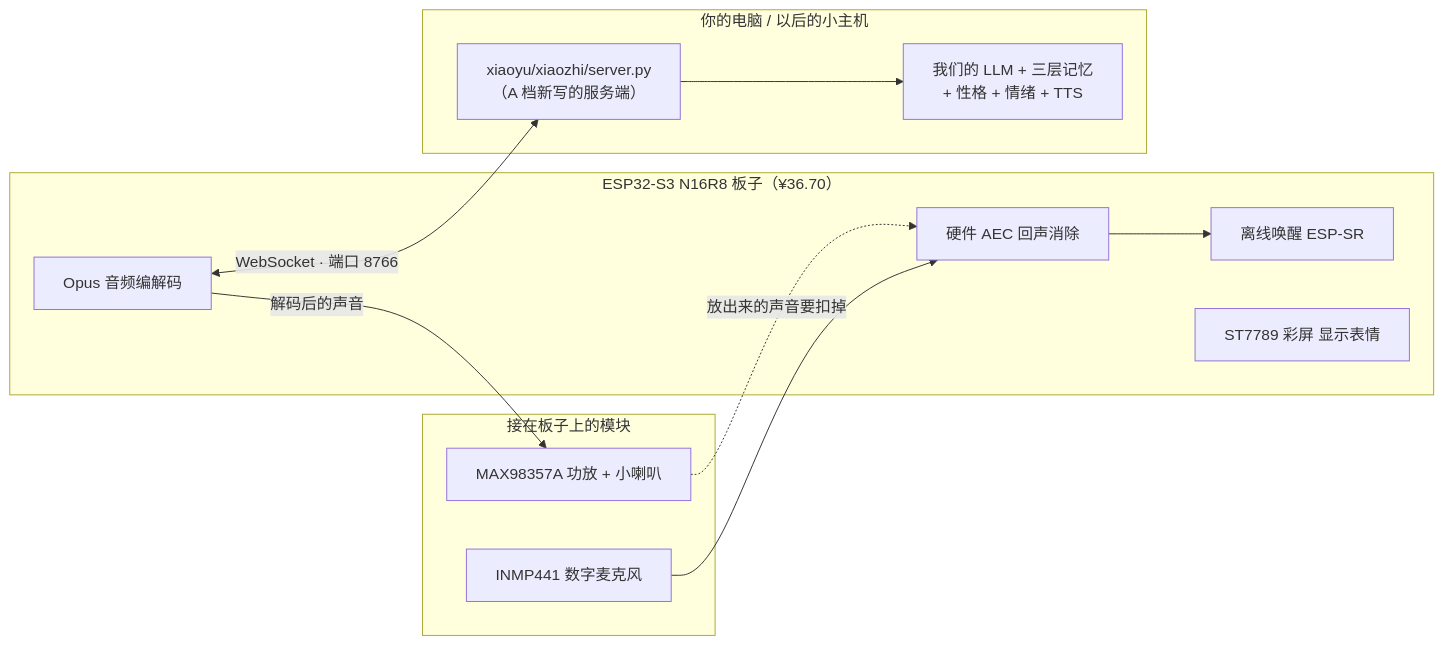
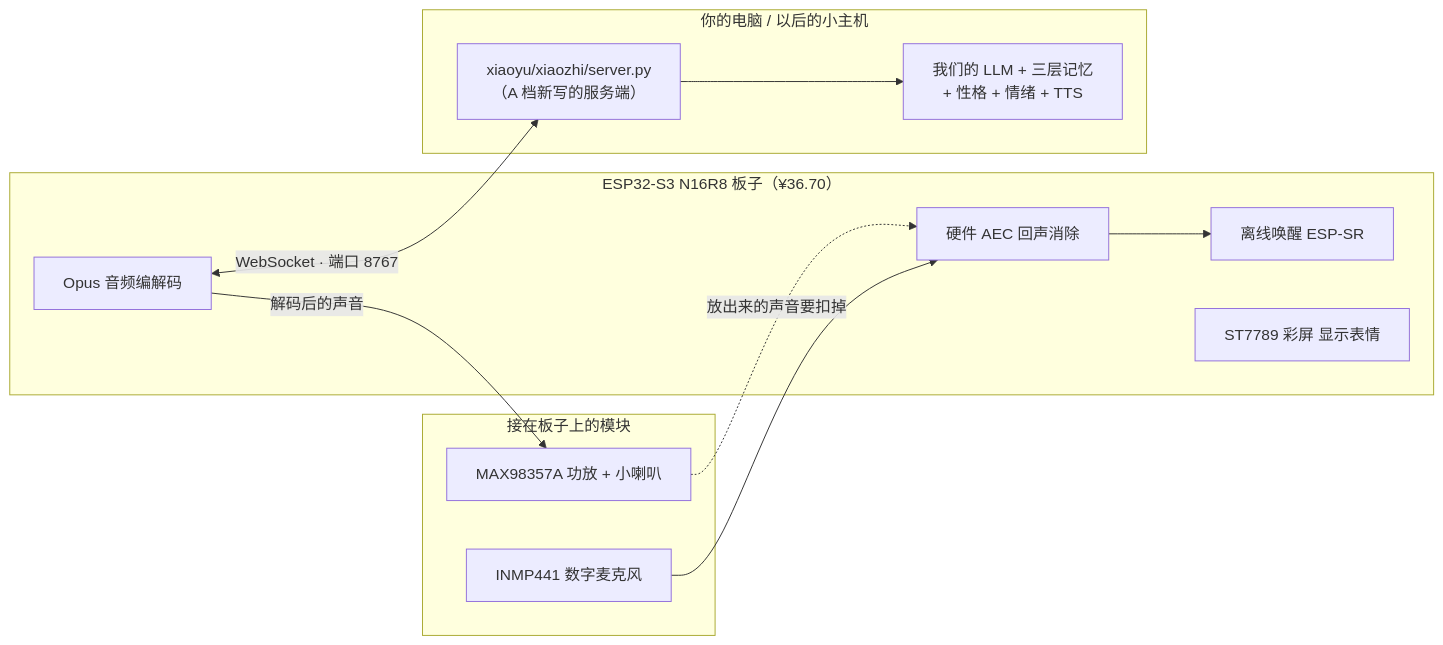
One commit to xiaoxiaoyu66/xiaoyu-robot changed the second of 2 diagrams in docs/小柚子是怎么实现的.md. Above: the diagram before and after it, drawn with Mermaid. The commit also changed other lines of this file and 24 other files, not shown here.

````diff
--- a/docs/小柚子是怎么实现的.md
+++ b/docs/小柚子是怎么实现的.md
@@ -359,22 +359,22 @@
 ```mermaid
 flowchart LR
     subgraph DEV["ESP32-S3 N16R8 板子（¥36.70）"]
         EA["硬件 AEC 回声消除"]
         EK["离线唤醒 ESP-SR"]
         EO["Opus 音频编解码"]
         EL["ST7789 彩屏 显示表情"]
     end
     subgraph EXT["接在板子上的模块"]
         MIC["INMP441 数字麦克风"]
         AMP["MAX98357A 功放 + 小喇叭"]
     end
     subgraph HOST["你的电脑 / 以后的小主机"]
         SRV["xiaoyu/xiaozhi/server.py<br/>（A 档新写的服务端）"]
         BRAIN["我们的 LLM + 三层记忆<br/>+ 性格 + 情绪 + TTS"]
     end
     MIC --> EA --> EK
     AMP -. "放出来的声音要扣掉" .-> EA
     EO -->|"解码后的声音"| AMP
-    EO <-->|"WebSocket · 端口 8766"| SRV
+    EO <-->|"WebSocket · 端口 8767"| SRV
     SRV --> BRAIN
 ```
````
